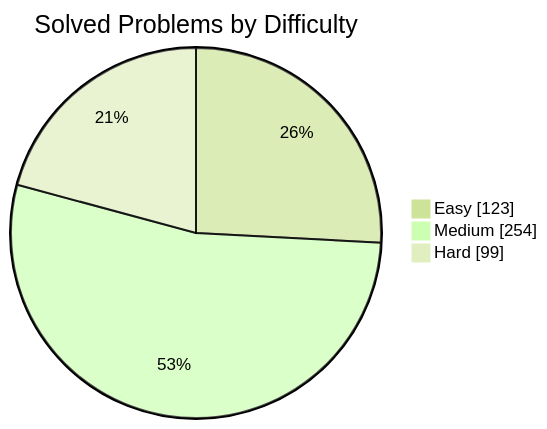
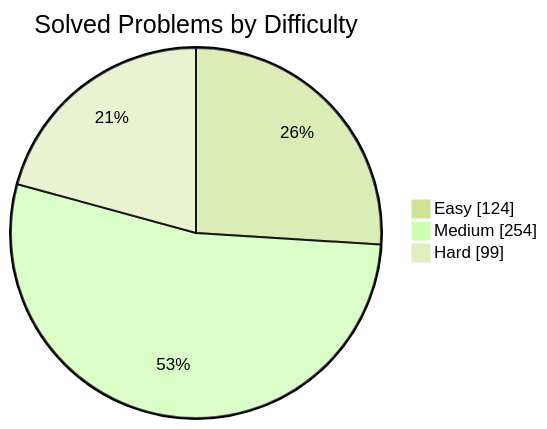
Before and after one commit to manikantbindass/DSA-Preparation-FAANG: the first of 2 diagrams in README.md, drawn with Mermaid (forest theme). The commit also changed other lines of this file and 1 other file, not shown here.

````diff
--- a/README.md
+++ b/README.md
@@ -77,7 +77,7 @@
 ```mermaid
 pie showData
     title Solved Problems by Difficulty
-    "Easy" : 123
+    "Easy" : 124
     "Medium" : 254
     "Hard" : 99
 ```
````
